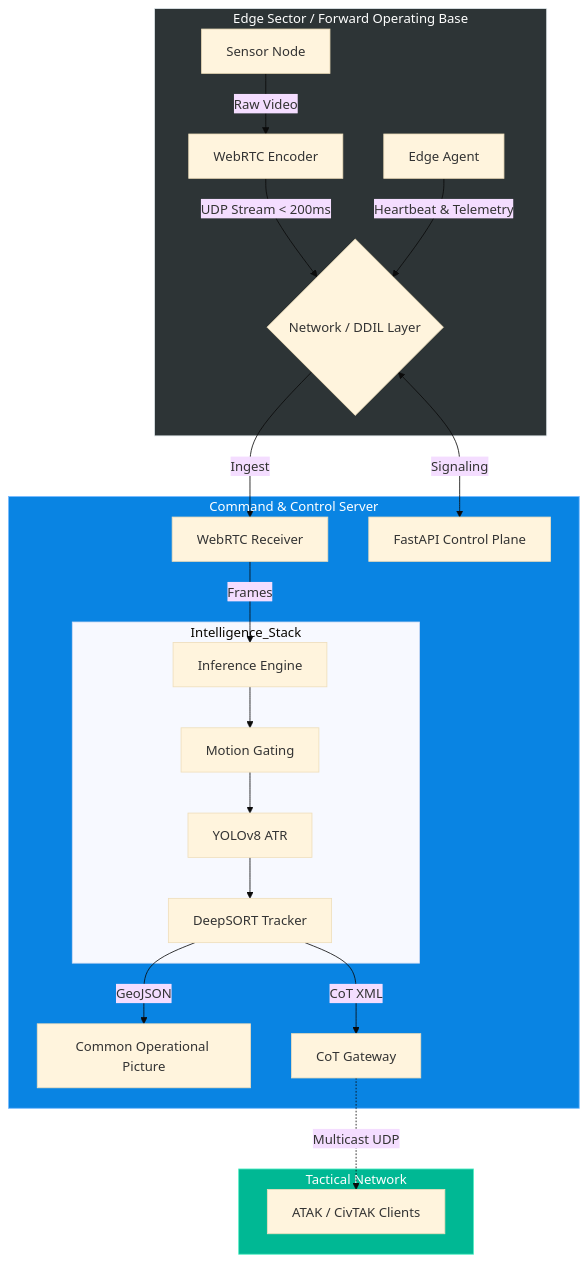
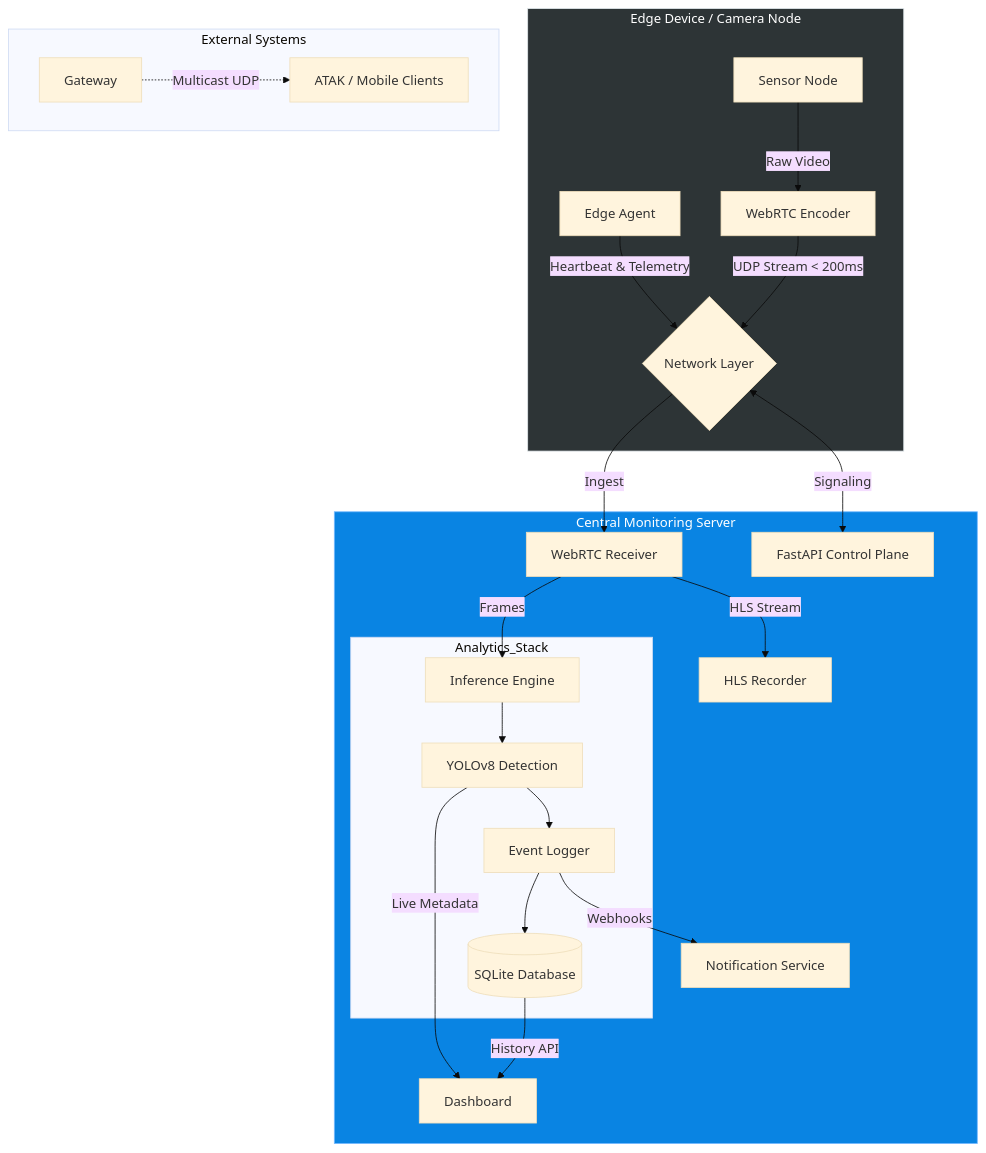
The diagram in README.md (2vyy/aegis), drawn with Mermaid (base theme) before and after one commit. The commit also changed other lines of this file and 10 other files, not shown here.

Commit message:
feat: Implement recording, database event logging, and snapshot saving for tracked objects.

````diff
--- a/README.md
+++ b/README.md
@@ -19,32 +19,33 @@
 ```mermaid
 graph TD
-    subgraph Edge_Sector [Edge Sector / Forward Operating Base]
+    subgraph Edge_Site [Edge Device / Camera Node]
         Cam[Sensor Node] --> |Raw Video| Encoder[WebRTC Encoder]
-        Encoder --> |UDP Stream < 200ms| Net{Network / DDIL Layer}
+        Encoder --> |UDP Stream < 200ms| Net{Network Layer}
         Agent[Edge Agent] --> |Heartbeat & Telemetry| Net
     end
 
-    subgraph C2_Station [Command & Control Server]
+    subgraph Central_Server [Central Monitoring Server]
         Net --> |Ingest| Receiver[WebRTC Receiver]
         Net <--> |Signaling| API[FastAPI Control Plane]
         Receiver --> |Frames| AI[Inference Engine]
+        Receiver --> |HLS Stream| Record[HLS Recorder]
         
-        subgraph Intelligence_Stack
-            AI --> Motion[Motion Gating]
-            Motion --> YOLO[YOLOv8 ATR]
-            YOLO --> Track[DeepSORT Tracker]
+        subgraph Analytics_Stack
+            AI --> YOLO[YOLOv8 Detection]
+            YOLO --> Log[Event Logger]
+            Log --> DB[(SQLite Database)]
         end
         
-        Track --> |GeoJSON| GUI[Common Operational Picture]
-        Track --> |CoT XML| Gateway[CoT Gateway]
+        Log --> |Webhooks| Notify[Notification Service]
+        DB --> |History API| GUI[Dashboard]
+        YOLO --> |Live Metadata| GUI
     end
 
-    subgraph External [Tactical Network]
-        Gateway -.-> |Multicast UDP| ATAK[ATAK / CivTAK Clients]
+    subgraph External [External Systems]
+        Gateway -.-> |Multicast UDP| ATAK[ATAK / Mobile Clients]
     end
 
     %% Styling
-    style Edge_Sector fill:#2d3436,stroke:#dfe6e9,color:#fff
-    style C2_Station fill:#0984e3,stroke:#74b9ff,color:#fff
-    style External fill:#00b894,stroke:#55efc4,color:#fff
+    style Edge_Site fill:#2d3436,stroke:#dfe6e9,color:#fff
+    style Central_Server fill:#0984e3,stroke:#74b9ff,color:#fff
 ```
````
